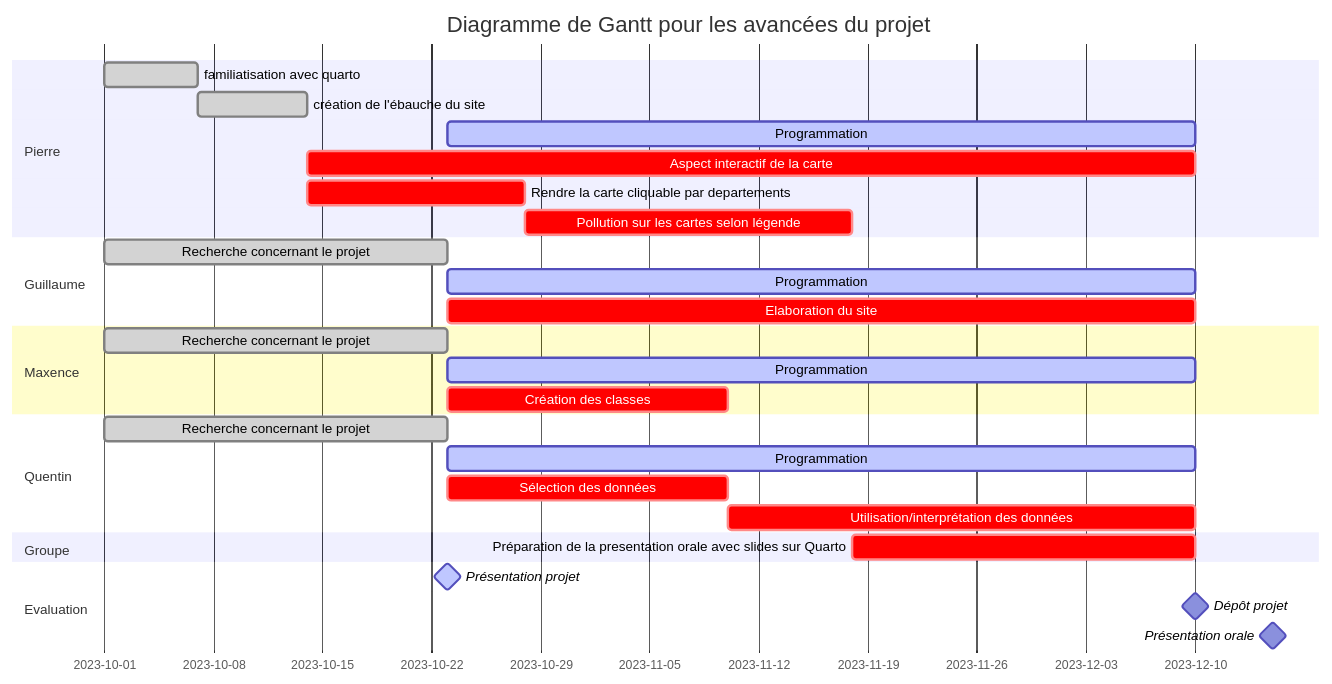
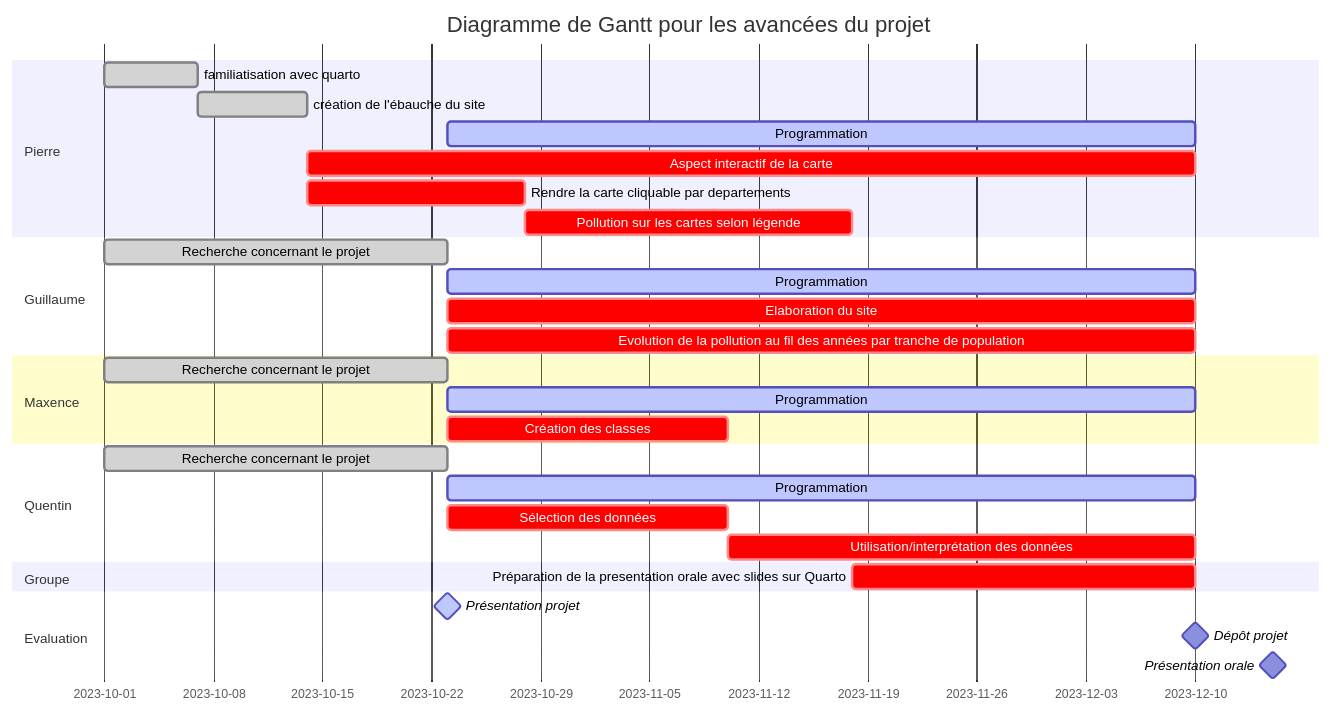
The diagram in roadmap/README.qmd (guibouland/GroupProject), drawn with Mermaid before and after one commit. The commit also changed other lines of this file, not shown here.

Commit message:
Update readme roadmap guillaume

````diff
--- a/roadmap/README.qmd
+++ b/roadmap/README.qmd
@@ -21,38 +21,39 @@
 ```{mermaid}
     gantt
         dateFormat YYYY-MM-DD
         title Diagramme de Gantt pour les avancées du projet
         
         %% Ceci est provisoire
         section Pierre
             familiatisation avec quarto  : done,     2023-10-01, 2023-10-07
             création de l'ébauche du site : done,   2023-10-07, 2023-10-14
             Programmation : active,         2023-10-23, 2023-12-10
             Aspect interactif de la carte : crit,         2023-10-14, 2023-12-10
             Rendre la carte cliquable par departements : crit,  2023-10-14, 2023-10-28
             Pollution sur les cartes selon légende : crit, 2023-10-28, 2023-11-18
             
         section Guillaume
             Recherche concernant le projet  : done,     2023-10-01, 2023-10-23
             Programmation : active,         2023-10-23, 2023-12-10
             Elaboration du site : crit,         2023-10-23, 2023-12-10
+            Evolution de la pollution au fil des années par tranche de population: crit,    2023-10-23, 2023-12-10
             
         section Maxence
             Recherche concernant le projet : done,     2023-10-01, 2023-10-23
             Programmation : active,         2023-10-23, 2023-12-10
             Création des classes : crit,         2023-10-23, 2023-11-10
             
         section Quentin
             Recherche concernant le projet : done,     2023-10-01, 2023-10-23
             Programmation : active,         2023-10-23, 2023-12-10
             Sélection des données : crit,         2023-10-23, 2023-11-10
             Utilisation/interprétation des données : crit,         2023-11-10, 2023-12-10
         section Groupe
             Préparation de la presentation orale avec slides sur Quarto : crit, 2023-11-18, 2023-12-10
         
         section Evaluation
             Présentation projet : active, milestone,     2023-10-23, 2023-10-23
             Dépôt projet : milestone,     2023-12-10, 2023-12-10
             Présentation orale : milestone,     2023-12-15, 2023-12-15
 
 ```
````
